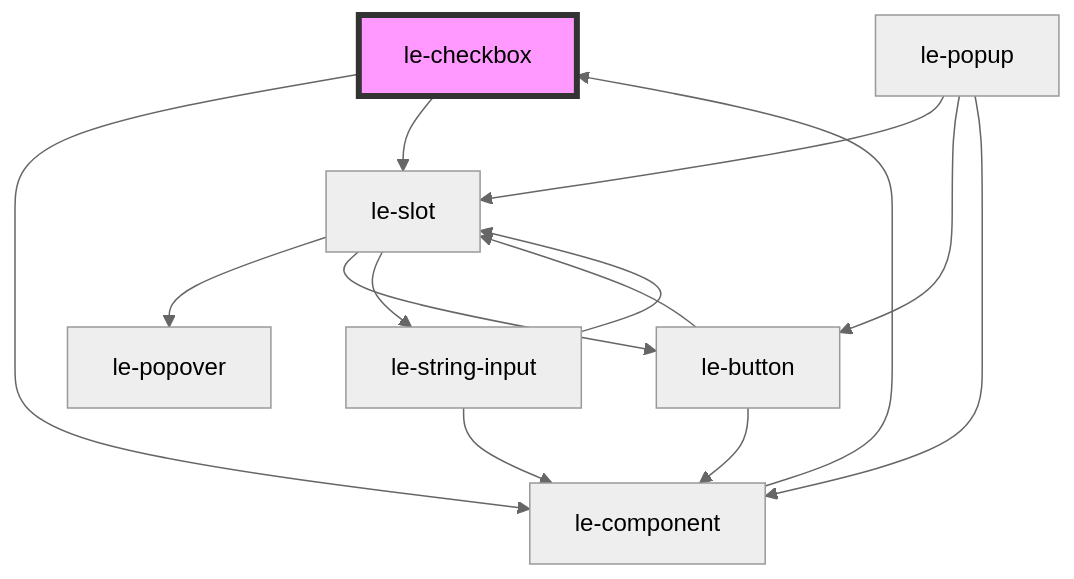
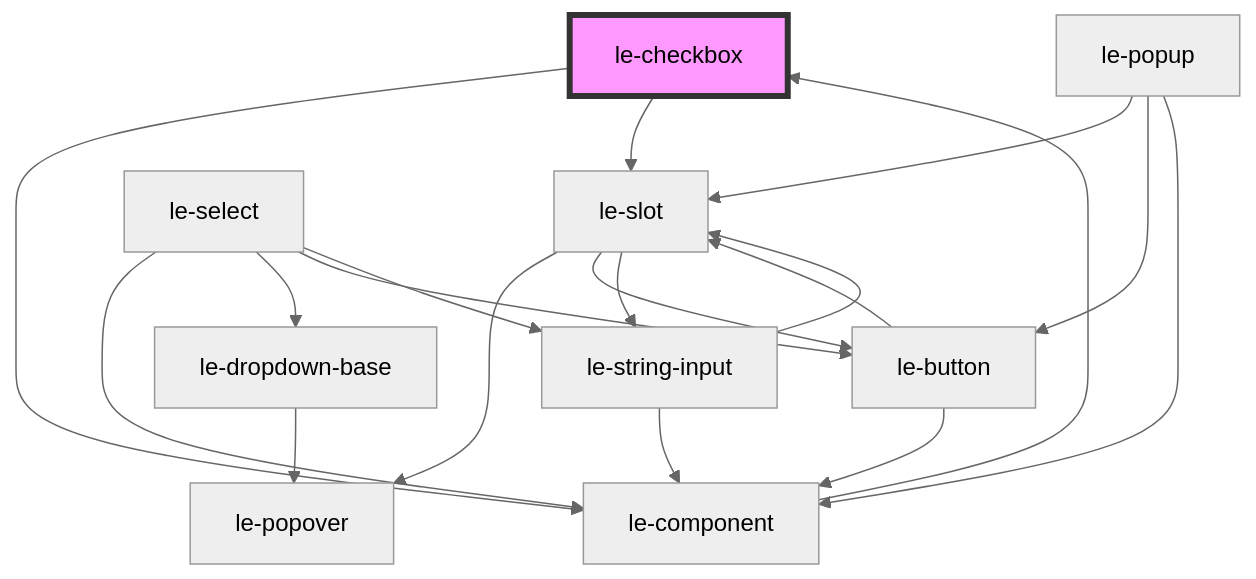
Before and after one commit to leechy/le-kit: the diagram in src/components/le-checkbox/readme.md, drawn with Mermaid (neutral theme). The commit also changed 25 other files, not shown here.

Commit message:
Fix for the <le-popover> to have nested popovers (like <le-select>

````diff
--- a/src/components/le-checkbox/readme.md
+++ b/src/components/le-checkbox/readme.md
@@ -50,17 +50,22 @@
 ```mermaid
 graph TD;
   le-checkbox --> le-component
   le-checkbox --> le-slot
   le-component --> le-checkbox
   le-button --> le-component
   le-button --> le-slot
   le-slot --> le-popover
   le-slot --> le-button
   le-slot --> le-string-input
   le-string-input --> le-component
   le-string-input --> le-slot
+  le-select --> le-component
+  le-select --> le-dropdown-base
+  le-select --> le-button
+  le-select --> le-string-input
+  le-dropdown-base --> le-popover
   le-popup --> le-slot
   le-popup --> le-button
   le-popup --> le-component
   style le-checkbox fill:#f9f,stroke:#333,stroke-width:4px
 ```
````
